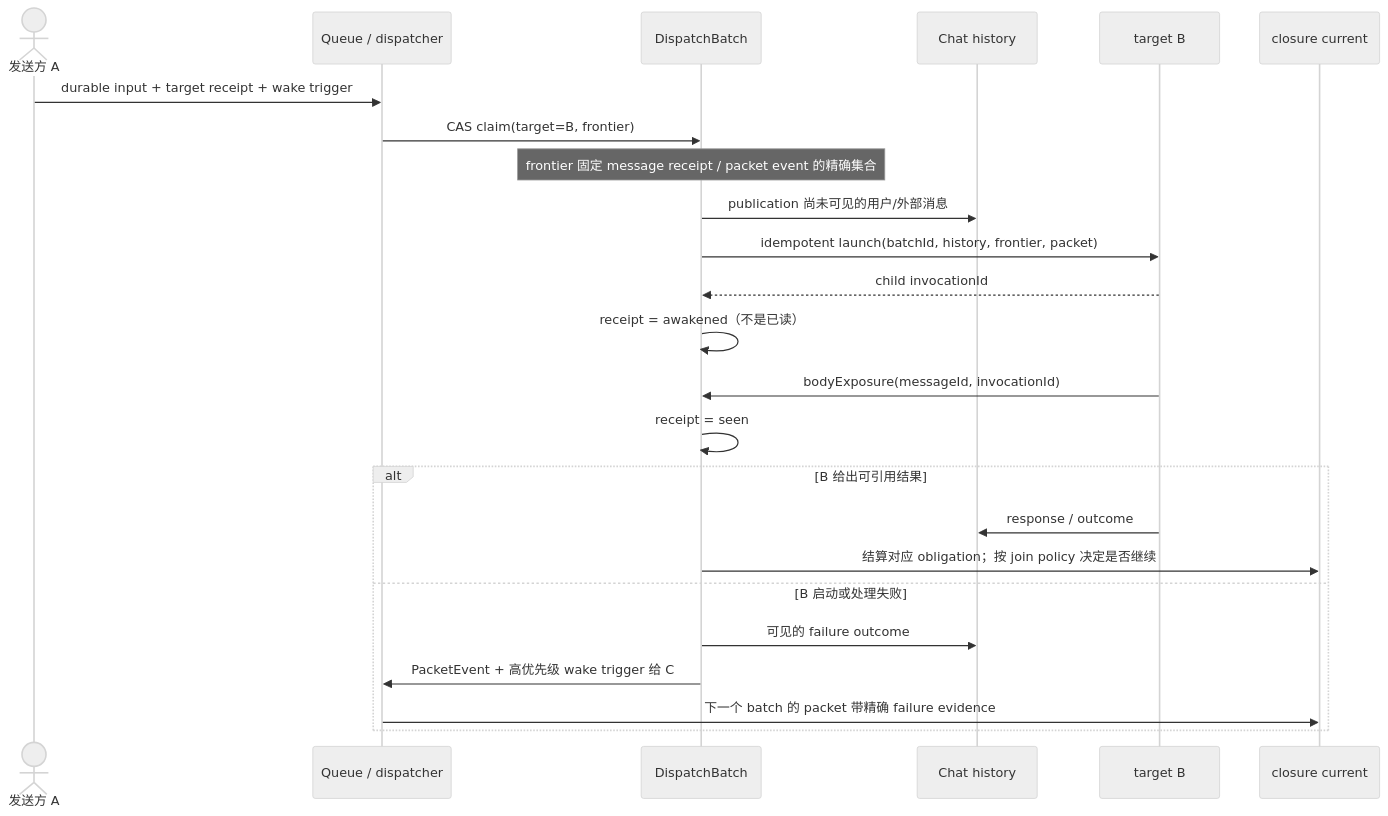
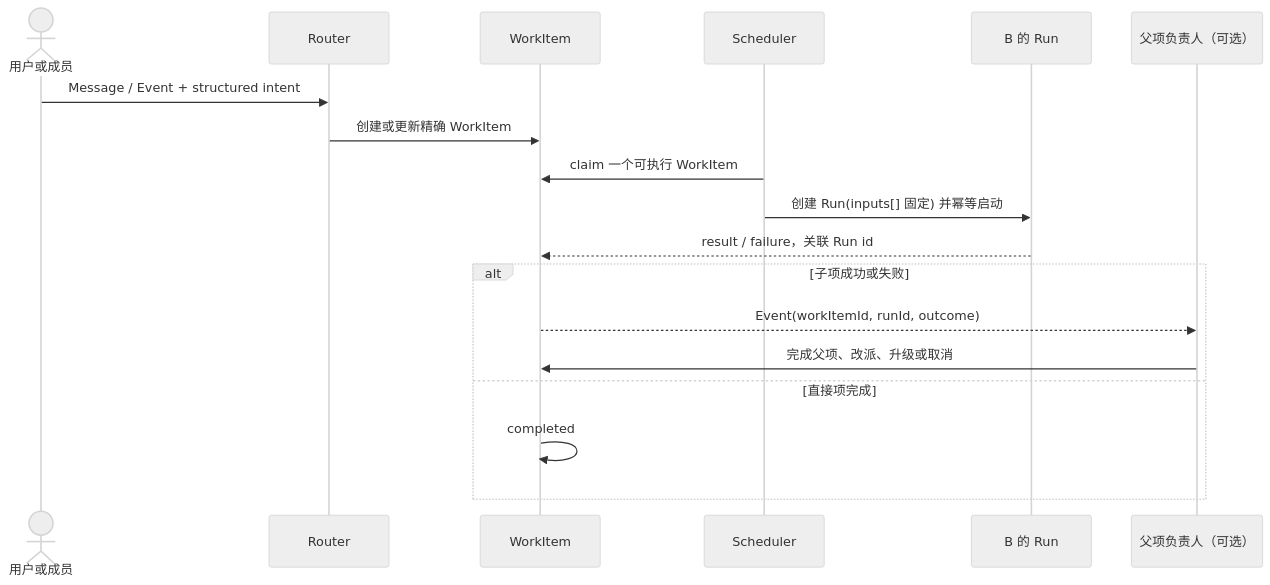
Before and after one commit to zts212653/clowder-ai: the diagram in docs/architecture/message-delivery-handling-handoff-audit.md, drawn with Mermaid (neutral theme). The commit also changed other lines of this file, not shown here.

````diff
--- a/docs/architecture/message-delivery-handling-handoff-audit.md
+++ b/docs/architecture/message-delivery-handling-handoff-audit.md
@@ -149,27 +179,21 @@
 ```mermaid
 sequenceDiagram
-    actor A as 发送方 A
-    participant Q as Queue / dispatcher
-    participant BATCH as DispatchBatch
-    participant CH as Chat history
-    participant B as target B
-    participant C as closure current
+    actor U as 用户或成员
+    participant R as Router
+    participant W as WorkItem
+    participant S as Scheduler
+    participant B as B 的 Run
+    participant A as 父项负责人（可选）
 
-    A->>Q: durable input + target receipt + wake trigger
-    Q->>BATCH: CAS claim(target=B, frontier)
-    Note over BATCH: frontier 固定 message receipt / packet event 的精确集合
-    BATCH->>CH: publication 尚未可见的用户/外部消息
-    BATCH->>B: idempotent launch(batchId, history, frontier, packet)
-    B-->>BATCH: child invocationId
-    BATCH->>BATCH: receipt = awakened（不是已读）
-    B->>BATCH: bodyExposure(messageId, invocationId)
-    BATCH->>BATCH: receipt = seen
-    alt B 给出可引用结果
-        B->>CH: response / outcome
-        BATCH->>C: 结算对应 obligation；按 join policy 决定是否继续
-    else B 启动或处理失败
-        BATCH->>CH: 可见的 failure outcome
-        BATCH->>Q: PacketEvent + 高优先级 wake trigger 给 C
-        Q->>C: 下一个 batch 的 packet 带精确 failure evidence
+    U->>R: Message / Event + structured intent
+    R->>W: 创建或更新精确 WorkItem
+    S->>W: claim 一个可执行 WorkItem
+    S->>B: 创建 Run(inputs[] 固定) 并幂等启动
+    B-->>W: result / failure，关联 Run id
+    alt 子项成功或失败
+        W-->>A: Event(workItemId, runId, outcome)
+        A->>W: 完成父项、改派、升级或取消
+    else 直接项完成
+        W->>W: completed
     end
 ```
````
